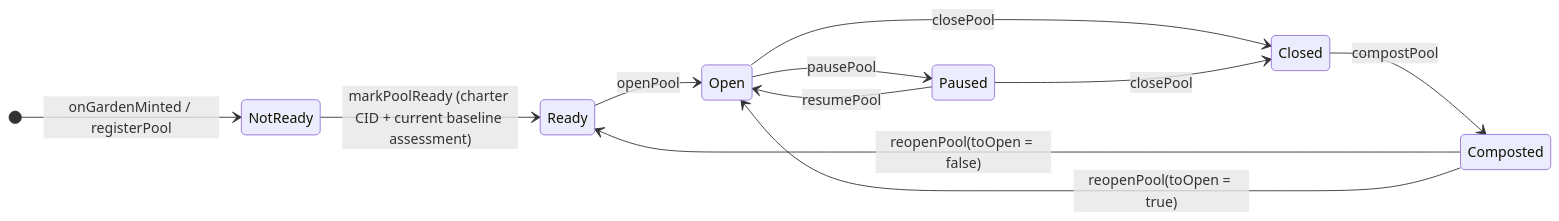
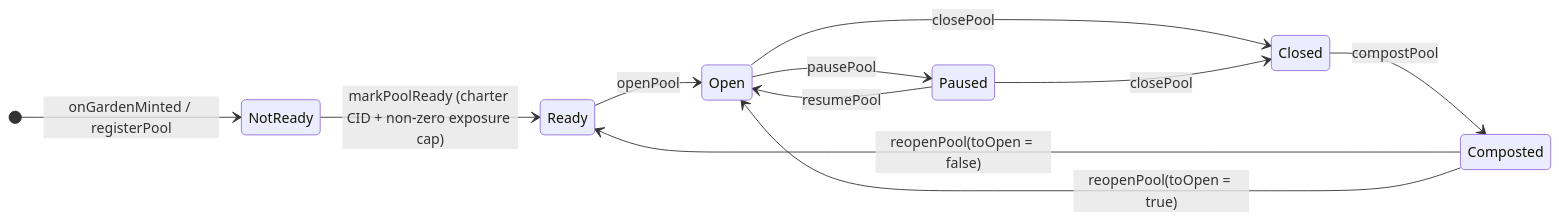
The fifth of 18 diagrams in .plans/active/commitment-pooling/diagrams.md (greenpill-dev-guild/green-goods), drawn with Mermaid before and after one commit. The commit also changed other lines of this file and 41 other files, not shown here.

Commit message:
refactor(shared,client): streamline commitment pooling flows

````diff
--- a/.plans/active/commitment-pooling/diagrams.md
+++ b/.plans/active/commitment-pooling/diagrams.md
@@ -289,14 +289,14 @@
 ```mermaid
 stateDiagram-v2
   direction LR
   [*] --> NotReady : onGardenMinted / registerPool
-  NotReady --> Ready : markPoolReady (charter CID + current baseline assessment)
+  NotReady --> Ready : markPoolReady (charter CID + non-zero exposure cap)
   Ready --> Open : openPool
   Open --> Paused : pausePool
   Paused --> Open : resumePool
   Open --> Closed : closePool
   Paused --> Closed : closePool
   Closed --> Composted : compostPool
   Composted --> Ready : reopenPool(toOpen = false)
   Composted --> Open : reopenPool(toOpen = true)
 ```
````
